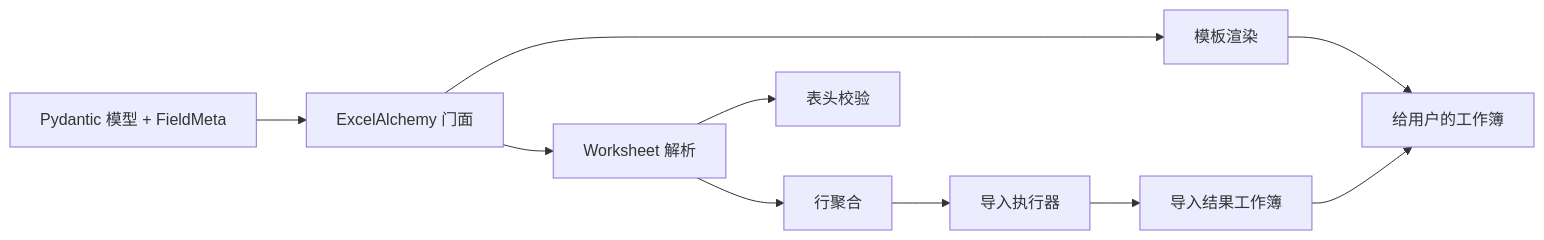
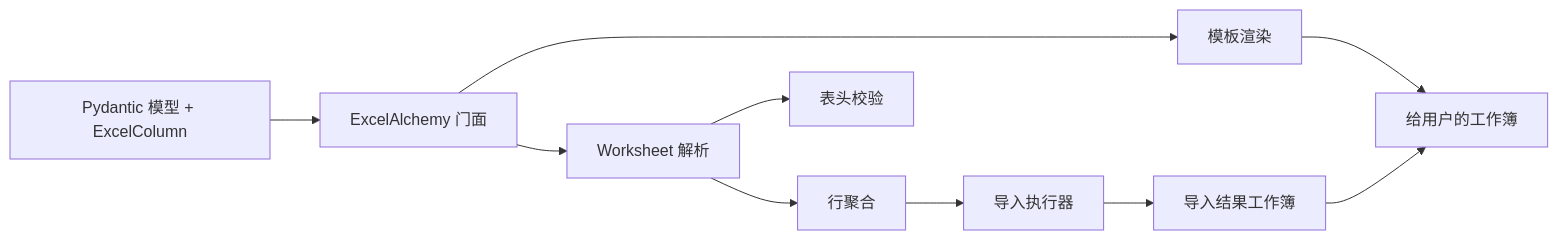
One commit to RayCarterLab/ExcelAlchemy changed the second of 2 diagrams in README_cn.md. Above: the diagram before and after it, drawn with Mermaid. The commit also changed other lines of this file and 205 other files, not shown here.

Commit message:
feat: prepare ExcelAlchemy 3.0 API cleanup

````diff
--- a/README_cn.md
+++ b/README_cn.md
@@ -93,12 +96,12 @@
 ```mermaid
 flowchart LR
-    A[Pydantic 模型 + FieldMeta] --> B[ExcelAlchemy 门面]
+    A[Pydantic 模型 + ExcelColumn] --> B[ExcelAlchemy 门面]
     B --> C[模板渲染]
     B --> D[Worksheet 解析]
     D --> E[表头校验]
     D --> F[行聚合]
     F --> G[导入执行器]
     G --> H[导入结果工作簿]
     C --> I[给用户的工作簿]
     H --> I
 ```
````
